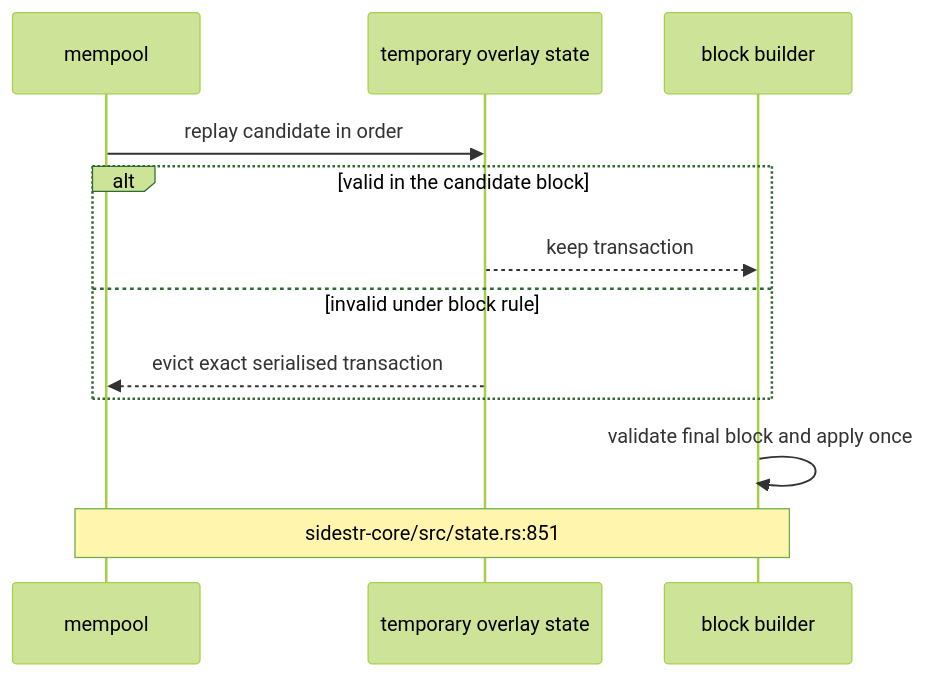
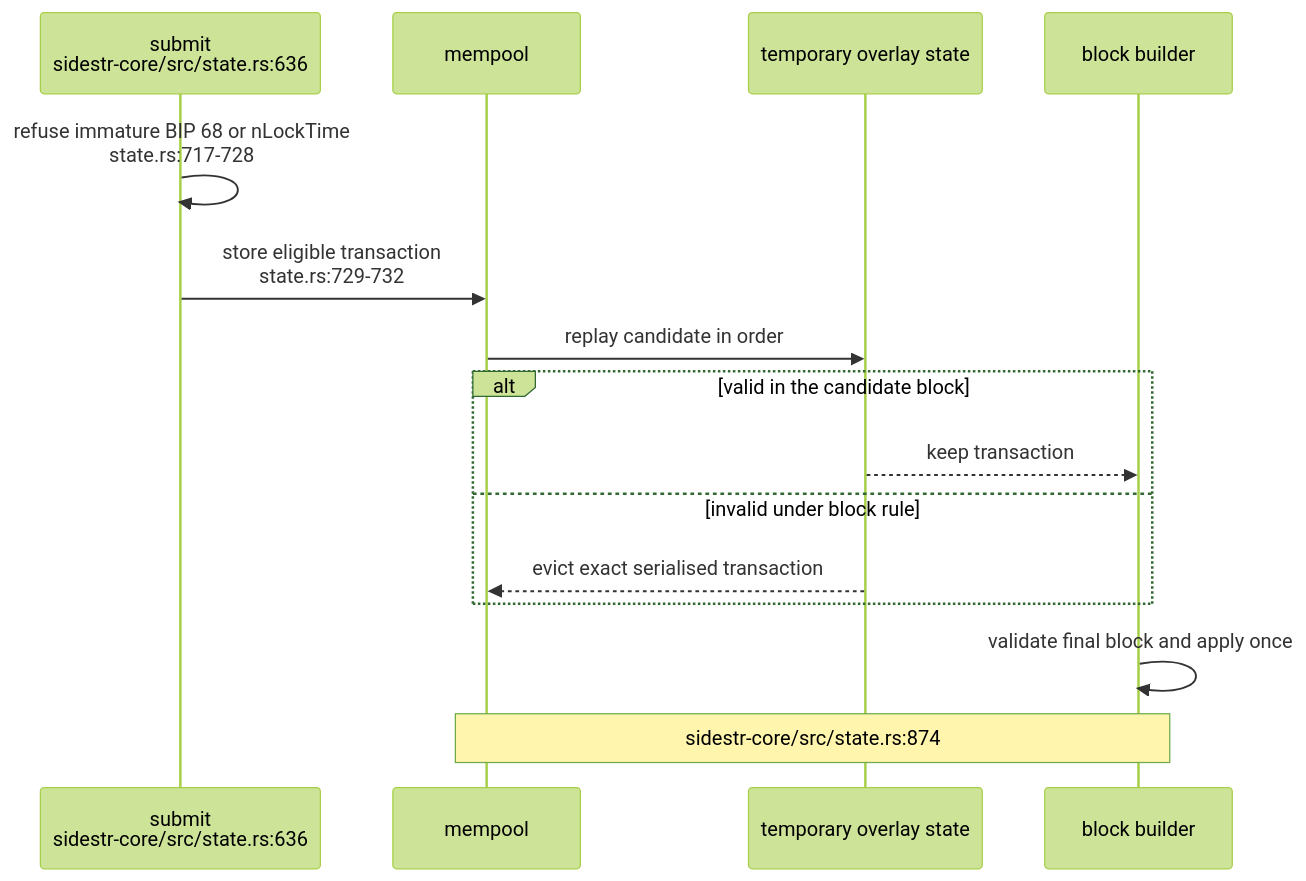
Before and after one commit to DreamLab-AI/VisionFlow: the fourth of 4 diagrams in docs/diagrams/sidestr-rs/02-assets-pools-markets-and-eviction.md, drawn with Mermaid (forest theme). The commit also changed other lines of this file and 21 other files, not shown here.

Commit message:
docs(diagrams): refresh first verified estate batch

````diff
--- a/docs/diagrams/sidestr-rs/02-assets-pools-markets-and-eviction.md
+++ b/docs/diagrams/sidestr-rs/02-assets-pools-markets-and-eviction.md
@@ -87,14 +87,17 @@
 ```mermaid
 sequenceDiagram
+    participant A as submit<br/>sidestr-core/src/state.rs:636
     participant M as mempool
     participant S as temporary overlay state
     participant B as block builder
+    A->>A: refuse immature BIP 68 or nLockTime<br/>state.rs:717-728
+    A->>M: store eligible transaction<br/>state.rs:729-732
     M->>S: replay candidate in order
     alt valid in the candidate block
         S-->>B: keep transaction
     else invalid under block rule
         S-->>M: evict exact serialised transaction
     end
     B->>B: validate final block and apply once
-    Note over M,B: sidestr-core/src/state.rs:851
+    Note over M,B: sidestr-core/src/state.rs:874
 ```
````
